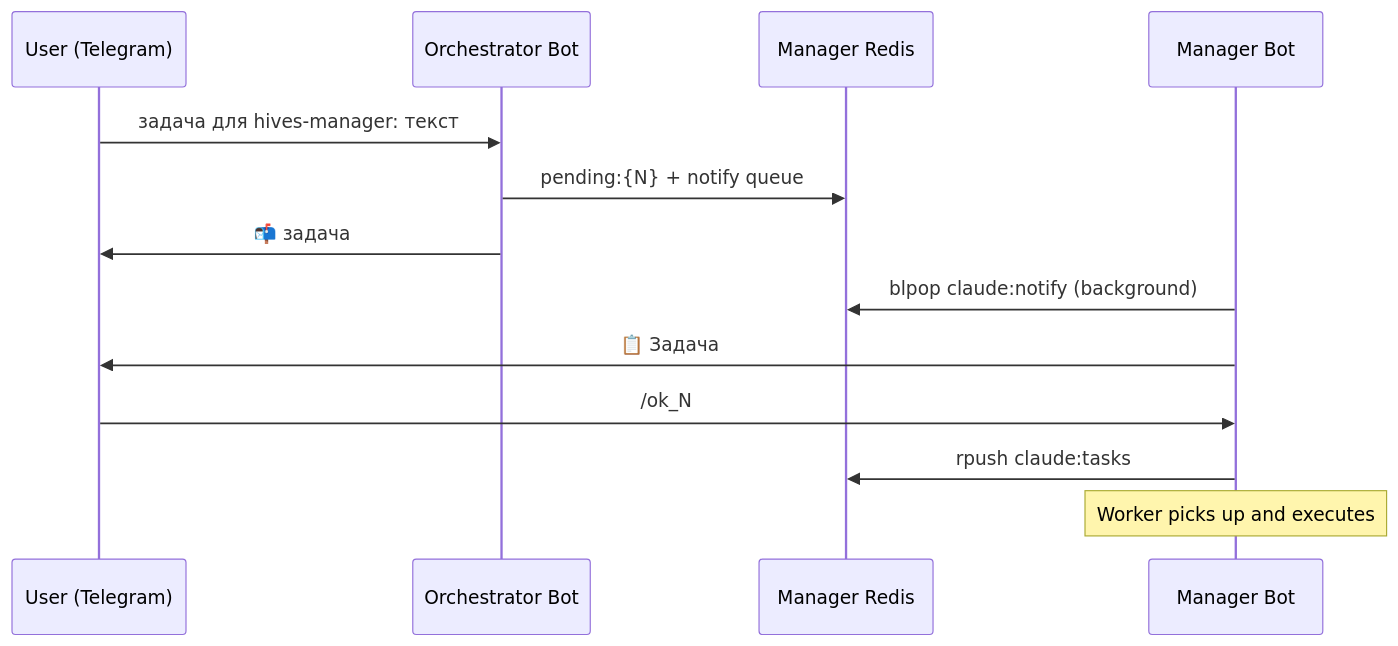
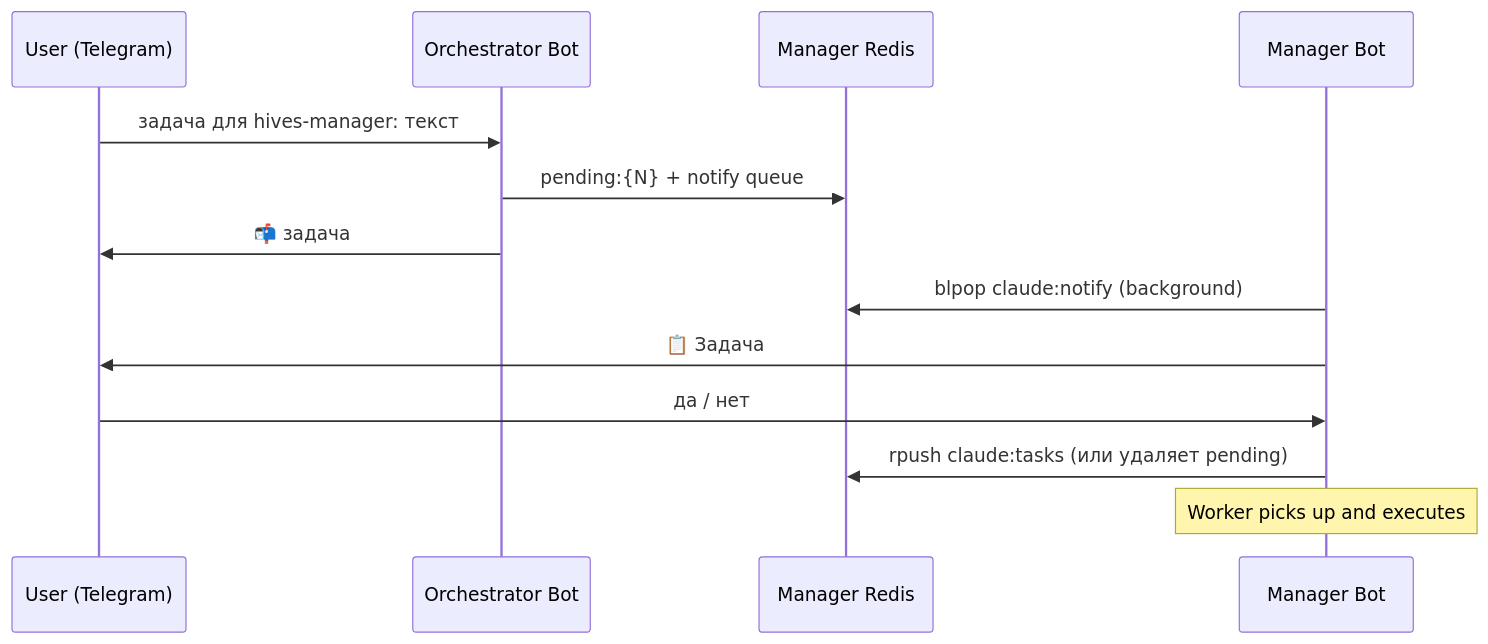
One commit to NeradziukA/orchestrator changed the diagram in README.md. Above: the diagram before and after it, drawn with Mermaid.

Commit message:
docs: fix diagram — manager asks yes/no, not slash command

````diff
--- a/README.md
+++ b/README.md
@@ -7,18 +7,18 @@
 ```mermaid
 sequenceDiagram
     participant U as User (Telegram)
     participant O as Orchestrator Bot
     participant R as Manager Redis
     participant M as Manager Bot
 
     U->>O: задача для hives-manager: текст
     O->>R: pending:{N} + notify queue
     O->>U: 📬 задача #N передана
 
     M->>R: blpop claude:notify (background)
-    M->>U: 📋 Задача #N — запустить? /ok_N
+    M->>U: 📋 Задача #N — запустить?
 
-    U->>M: /ok_N
-    M->>R: rpush claude:tasks
+    U->>M: да / нет
+    M->>R: rpush claude:tasks (или удаляет pending)
     Note over M: Worker picks up and executes
 ```
````
